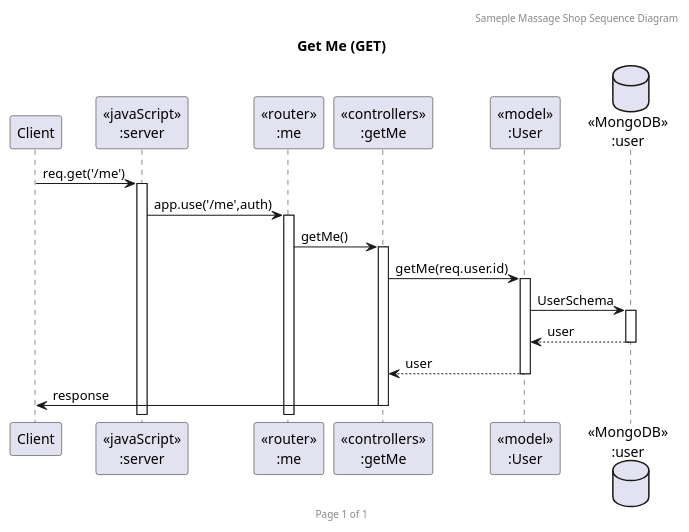
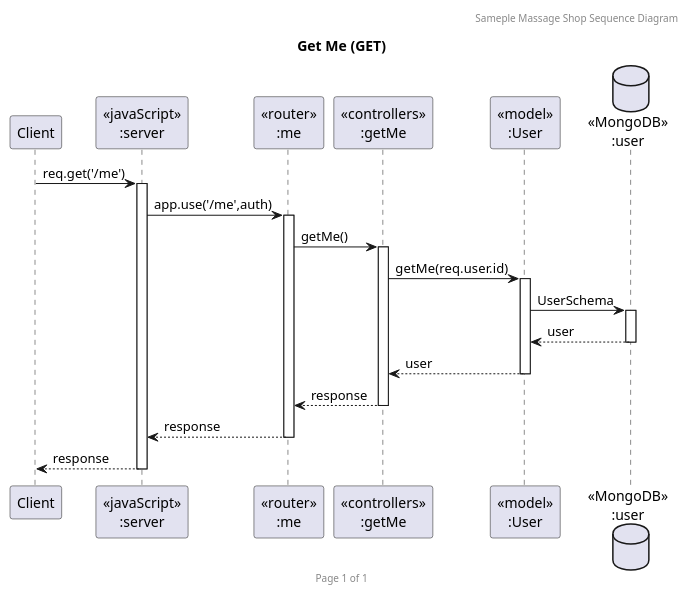
One commit to BabeTanya/massage-catherine changed the diagram in MassageSequence_get_me.puml. Above: the diagram before and after it, drawn with PlantUML. The commit also changed 6 other files, not shown here.

Commit message:
Revise sequence diagram massage shop

```diff
--- a/MassageSequence_get_me.puml
+++ b/MassageSequence_get_me.puml
@@ -1,23 +1,25 @@
 @startuml Get Me (GET)
 
 header Sameple Massage Shop Sequence Diagram
 footer Page %page% of %lastpage%
 title "Get Me (GET)"
 
 participant "Client" as client
 participant "<<javaScript>>\n:server" as server
 participant "<<router>>\n:me" as routerMe
 participant "<<controllers>>\n:getMe" as controllersGetMe
 participant "<<model>>\n:User" as modelUser
 database "<<MongoDB>>\n:user" as UserDatabase
 
 client->server ++:req.get('/me')
 server->routerMe ++:app.use('/me',auth)
 routerMe -> controllersGetMe ++:getMe()
 controllersGetMe->modelUser ++:getMe(req.user.id)
 modelUser ->UserDatabase ++: UserSchema
 UserDatabase --> modelUser --: user
 controllersGetMe <-- modelUser --:user
-controllersGetMe->client --:response
+routerMe <-- controllersGetMe --:response
+server <-- routerMe --:response
+client <-- server --:response
 
 @enduml
```
